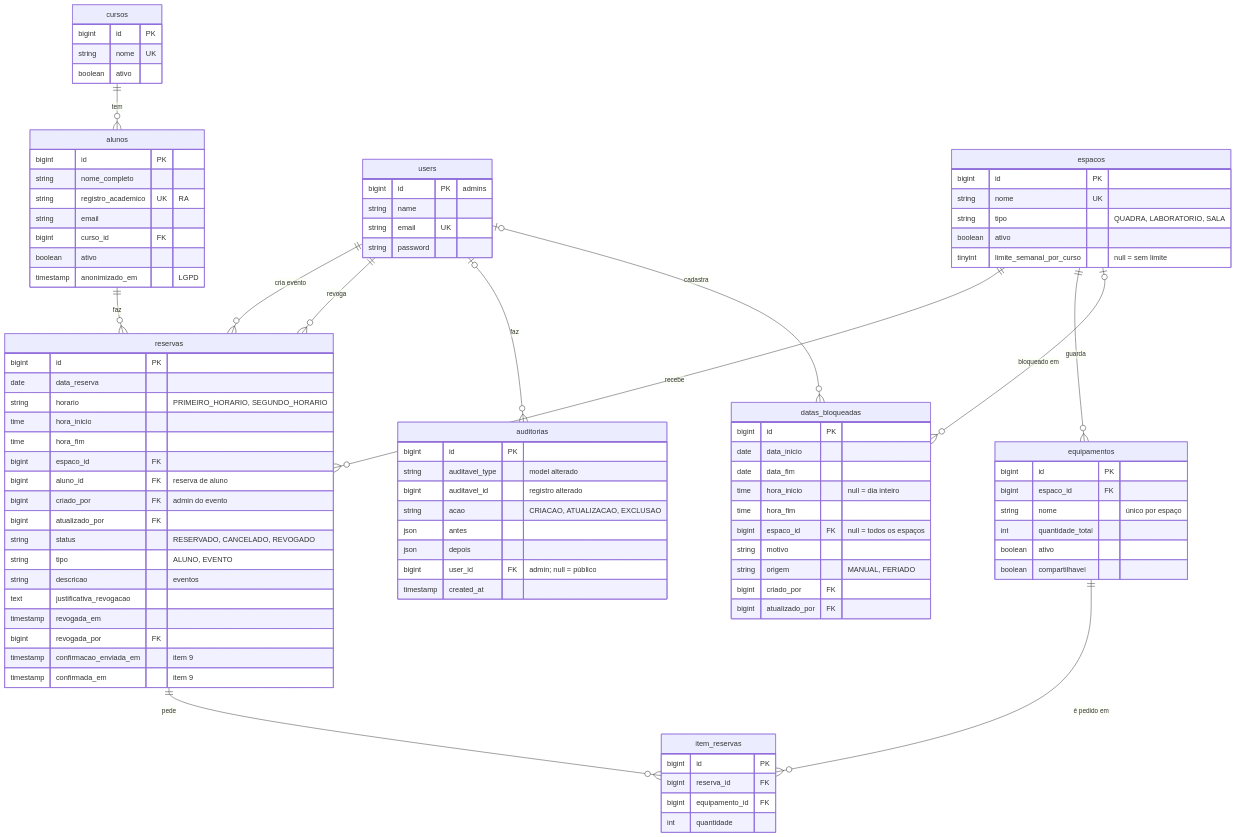
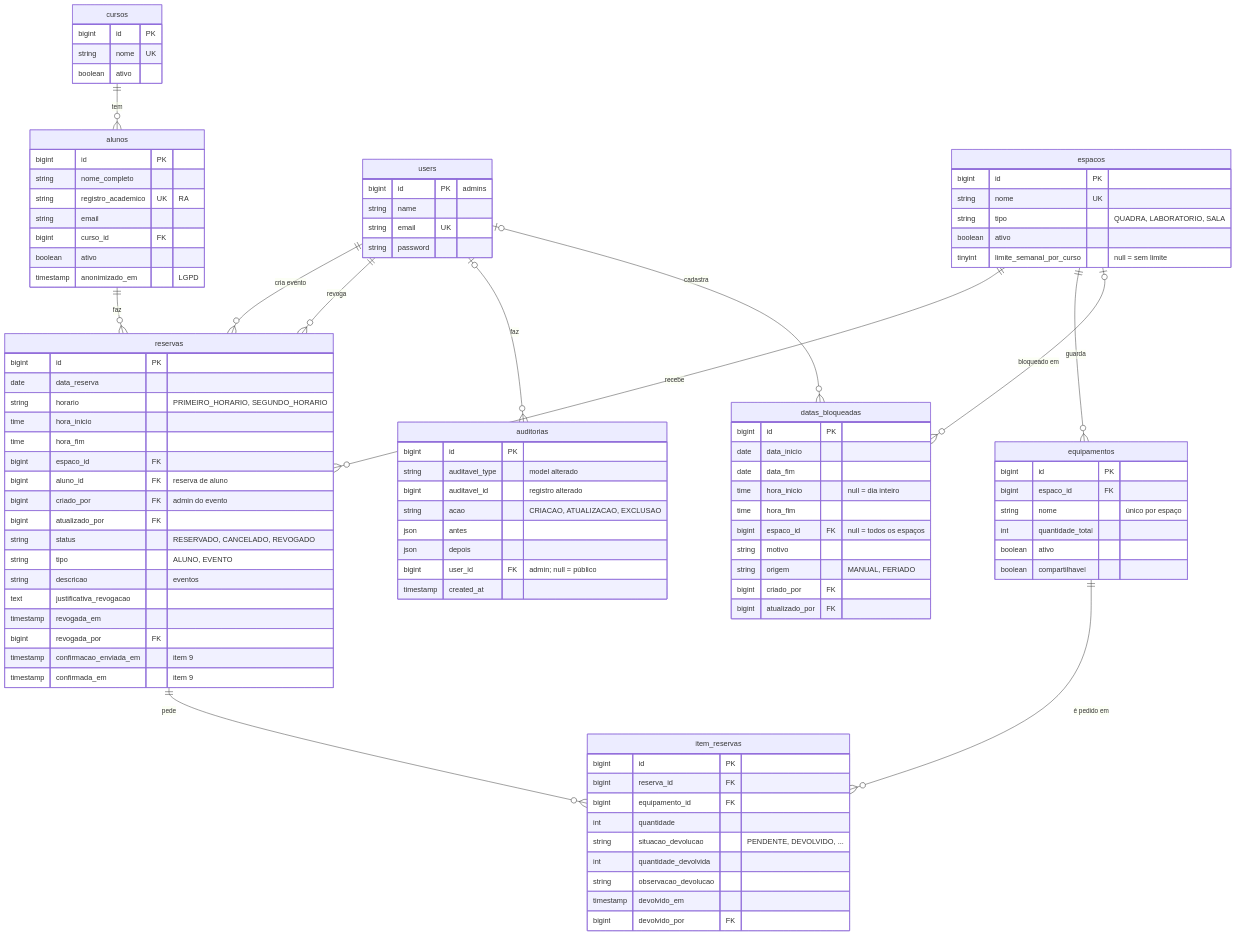
The diagram in DATABASE.md (ericjunq/reserva-quadra), drawn with Mermaid before and after one commit. The commit also changed other lines of this file and 3 other files, not shown here.

```diff
--- a/DATABASE.md
+++ b/DATABASE.md
@@ -89,6 +89,11 @@
         bigint reserva_id FK
         bigint equipamento_id FK
         int quantidade
+        string situacao_devolucao "PENDENTE, DEVOLVIDO, ..."
+        int quantidade_devolvida
+        string observacao_devolucao
+        timestamp devolvido_em
+        bigint devolvido_por FK
     }
 
     datas_bloqueadas {
```
